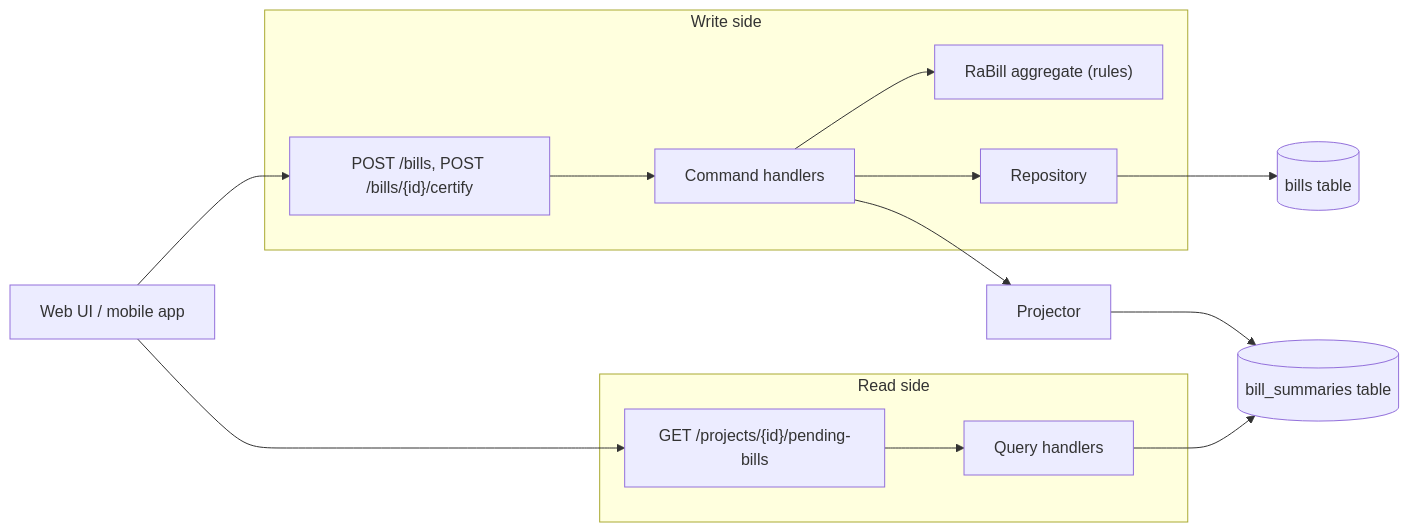
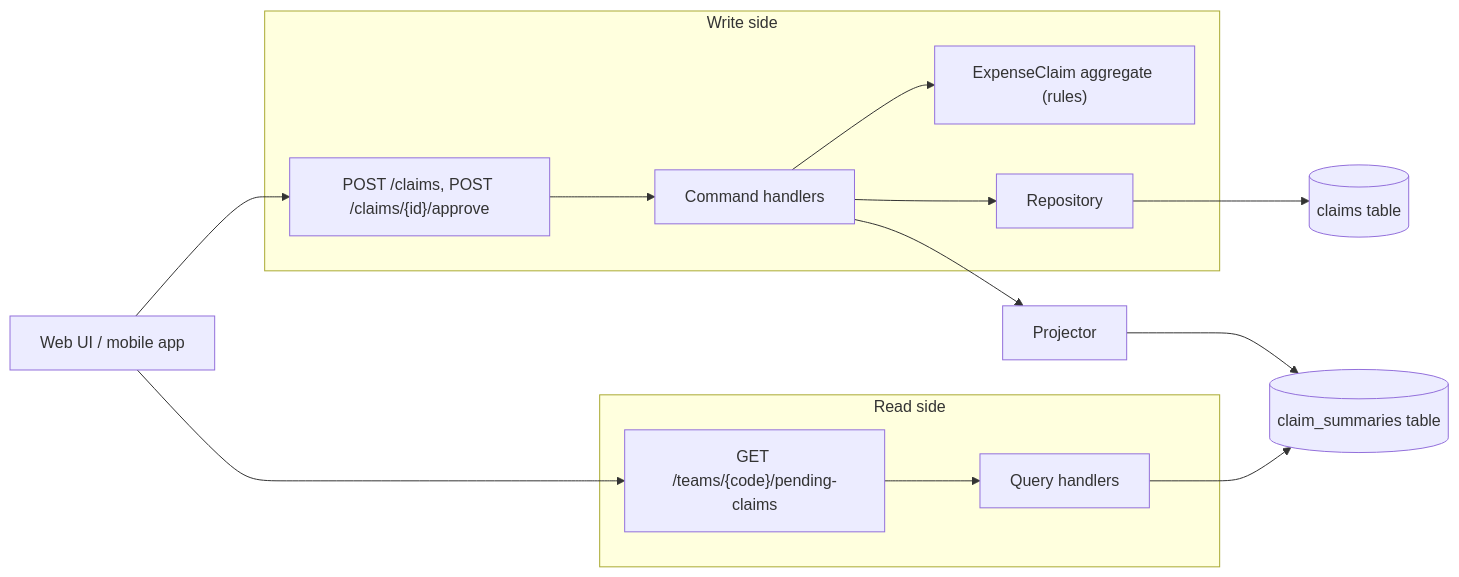
The first of 3 diagrams in content/lessons/m08/m08-cqrs-fundamentals.md (rizwi0786/system-design-lab), drawn with Mermaid before and after one commit. The commit also changed other lines of this file and 334 other files, not shown here.

````diff
--- a/content/lessons/m08/m08-cqrs-fundamentals.md
+++ b/content/lessons/m08/m08-cqrs-fundamentals.md
@@ -164,21 +164,21 @@
 ```mermaid
 flowchart LR
     UI["Web UI / mobile app"]
     subgraph Write["Write side"]
-        CE["POST /bills, POST /bills/{id}/certify"]
+        CE["POST /claims, POST /claims/{id}/approve"]
         CH["Command handlers"]
-        AGG["RaBill aggregate (rules)"]
+        AGG["ExpenseClaim aggregate (rules)"]
         REPO["Repository"]
     end
     subgraph Read["Read side"]
-        QE["GET /projects/{id}/pending-bills"]
+        QE["GET /teams/{code}/pending-claims"]
         QH["Query handlers"]
     end
     PROJ["Projector"]
-    WDB[("bills table")]
-    RDB[("bill_summaries table")]
+    WDB[("claims table")]
+    RDB[("claim_summaries table")]
     UI --> CE --> CH --> AGG
     CH --> REPO --> WDB
     CH --> PROJ --> RDB
     UI --> QE --> QH --> RDB
 ```
````
